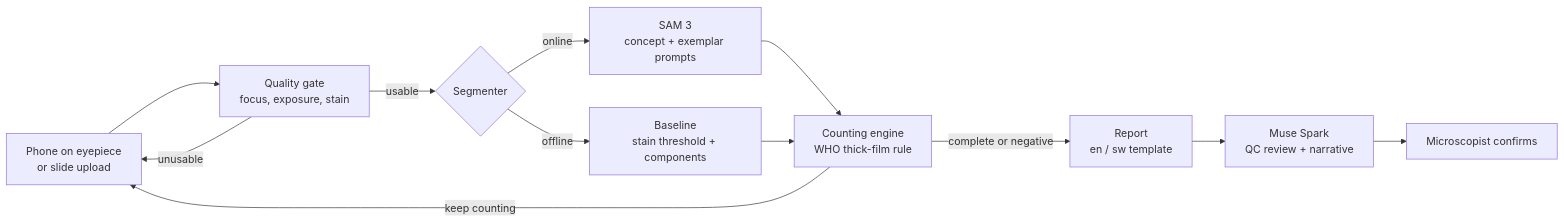
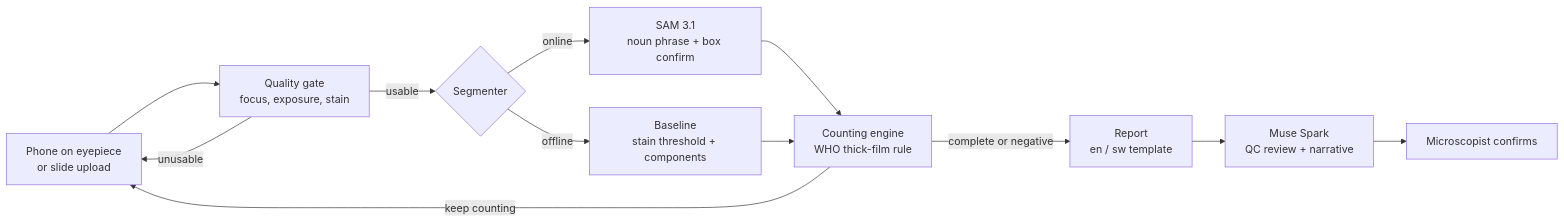
The diagram in README.md (albertmwangwa/darubini), drawn with Mermaid before and after one commit. The commit also changed other lines of this file and 2 other files, not shown here.

````diff
--- a/README.md
+++ b/README.md
@@ -83,14 +88,14 @@
 ```mermaid
 flowchart LR
     A[Phone on eyepiece<br/>or slide upload] --> B[Quality gate<br/>focus, exposure, stain]
     B -- unusable --> A
     B -- usable --> C{Segmenter}
-    C -->|online| D[SAM 3<br/>concept + exemplar prompts]
+    C -->|online| D[SAM 3.1<br/>noun phrase + box confirm]
     C -->|offline| E[Baseline<br/>stain threshold + components]
     D --> F[Counting engine<br/>WHO thick-film rule]
     E --> F
     F -- keep counting --> A
     F -- complete or negative --> G[Report<br/>en / sw template]
     G --> H[Muse Spark<br/>QC review + narrative]
     H --> I[Microscopist confirms]
 ```
````
